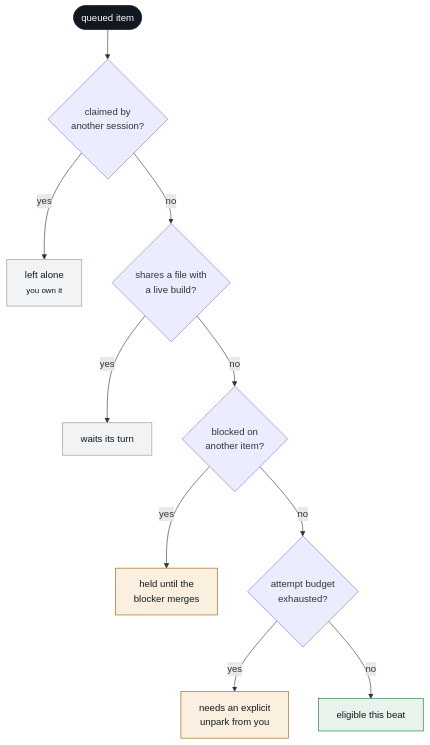
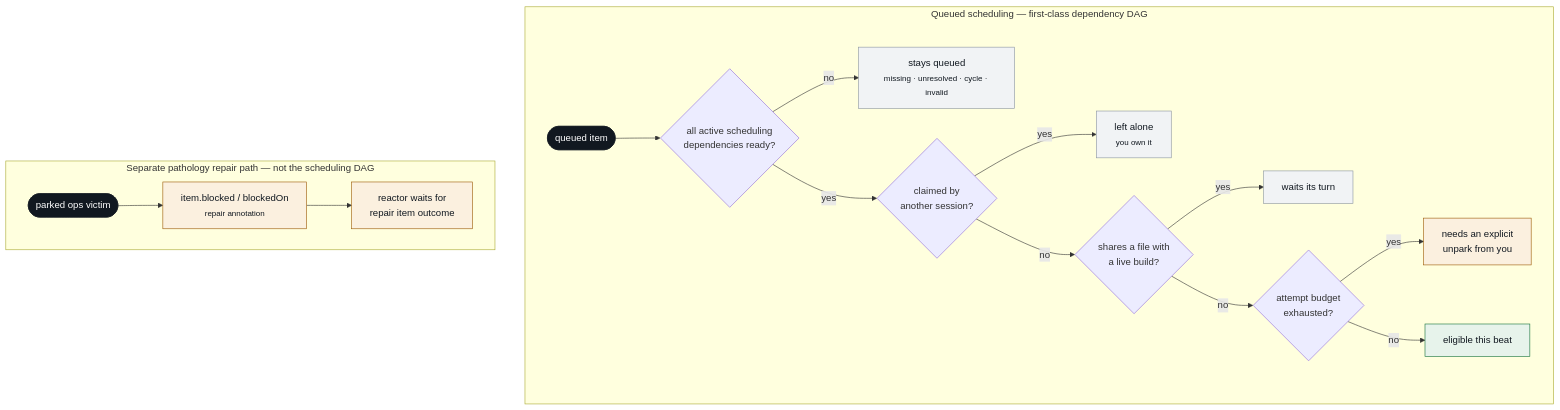
One commit to MrChikns/loopkit changed the fifth of 11 diagrams in docs/plane-flows.md. Above: the diagram before and after it, drawn with Mermaid. The commit also changed other lines of this file and 3 other files, not shown here.

Commit message:
docs: explain executable item flow

````diff
--- a/docs/plane-flows.md
+++ b/docs/plane-flows.md
@@ -257,21 +269,28 @@
 ```mermaid
 flowchart TD
-  I(["queued item"]) --> C1{"claimed by<br/>another session?"}
-  C1 -->|yes| W1["left alone<br/><small>you own it</small>"]
-  C1 -->|no| C2{"shares a file with<br/>a live build?"}
-  C2 -->|yes| W2["waits its turn"]
-  C2 -->|no| C3{"blocked on<br/>another item?"}
-  C3 -->|yes| W3["held until the<br/>blocker merges"]
-  C3 -->|no| C4{"attempt budget<br/>exhausted?"}
-  C4 -->|yes| W4["needs an explicit<br/>unpark from you"]
-  C4 -->|no| GO["eligible this beat"]
+  subgraph SCHED["Queued scheduling — first-class dependency DAG"]
+    I(["queued item"]) --> D{"all active scheduling<br/>dependencies ready?"}
+    D -->|no| WD["stays queued<br/><small>missing · unresolved · cycle · invalid</small>"]
+    D -->|yes| C1{"claimed by<br/>another session?"}
+    C1 -->|yes| W1["left alone<br/><small>you own it</small>"]
+    C1 -->|no| C2{"shares a file with<br/>a live build?"}
+    C2 -->|yes| W2["waits its turn"]
+    C2 -->|no| C4{"attempt budget<br/>exhausted?"}
+    C4 -->|yes| W4["needs an explicit<br/>unpark from you"]
+    C4 -->|no| GO["eligible this beat"]
+  end
+
+  subgraph PATH["Separate pathology repair path — not the scheduling DAG"]
+    PV(["parked ops victim"]) --> PB["item.blocked / blockedOn<br/><small>repair annotation</small>"]
+    PB --> PR["reactor waits for<br/>repair item outcome"]
+  end
 
   classDef term fill:#111820,stroke:#111820,color:#ffffff
   classDef pass fill:#E7F3EB,stroke:#14713A,color:#111820
   classDef hold fill:#FBF0DF,stroke:#9C5A06,color:#111820
   classDef inert fill:#F1F3F5,stroke:#8B95A1,color:#111820
-  class I term
+  class I,PV term
   class GO pass
-  class W3,W4 hold
-  class W1,W2 inert
+  class W4,PB,PR hold
+  class WD,W1,W2 inert
 ```
````
